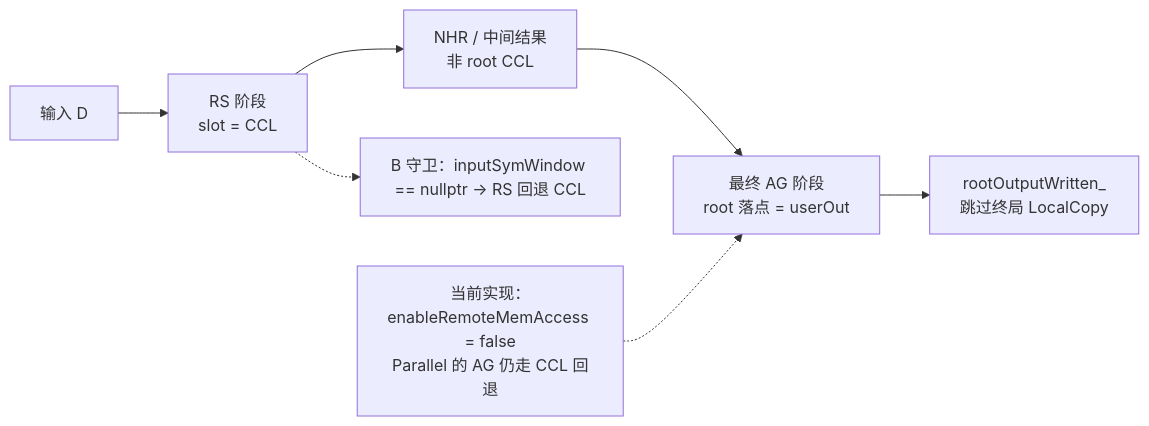
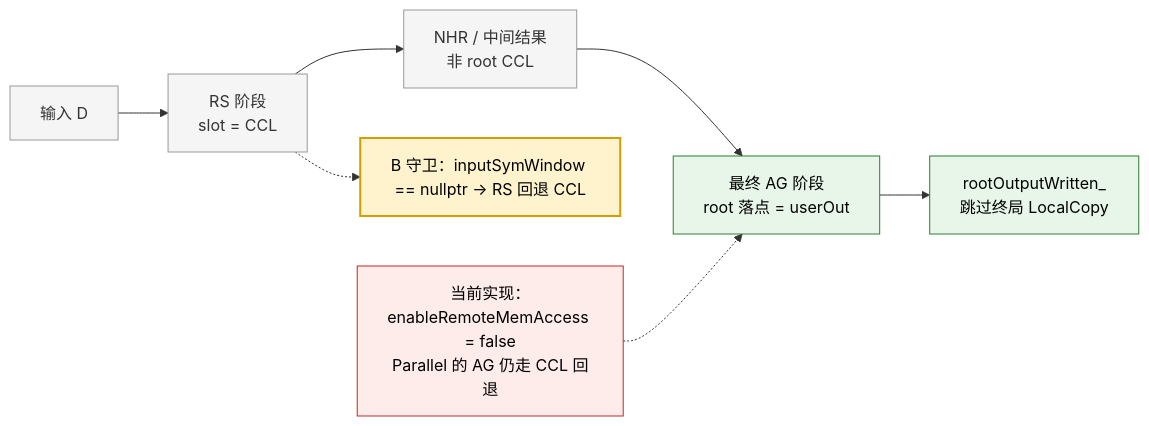
One commit to cassielee-tech/my-lib changed the tenth of 10 diagrams in design/26RP4/支持allgatherV、reduce算子的零拷贝模式/SRS_SD-AllGatherV与Reduce零拷贝.md. Above: the diagram before and after it, drawn with Mermaid. The commit also changed other lines of this file, not shown here.

Commit message:
docs: 零拷贝关键流程图增加改动高亮

````diff
--- a/design/26RP4/支持allgatherV、reduce算子的零拷贝模式/SRS_SD-AllGatherV与Reduce零拷贝.md
+++ b/design/26RP4/支持allgatherV、reduce算子的零拷贝模式/SRS_SD-AllGatherV与Reduce零拷贝.md
@@ -510,9 +552,17 @@
 ```mermaid
 flowchart LR
     A["输入 D"] --> B["RS 阶段<br/>slot = CCL"]
     B --> C["NHR / 中间结果<br/>非 root CCL"]
     C --> D["最终 AG 阶段<br/>root 落点 = userOut"]
     D --> E["rootOutputWritten_<br/>跳过终局 LocalCopy"]
     B -.-> G["B 守卫：inputSymWindow == nullptr → RS 回退 CCL"]
     F["当前实现：enableRemoteMemAccess = false<br/>Parallel 的 AG 仍走 CCL 回退"] -.-> D
+    classDef existing fill:#f5f5f5,stroke:#999,color:#333;
+    classDef changed fill:#fff3cd,stroke:#d39e00,stroke-width:2px,color:#000;
+    classDef direct fill:#e8f5e9,stroke:#2e7d32,color:#000;
+    classDef fallback fill:#fdecea,stroke:#c62828,color:#000;
+    class A,B,C existing;
+    class G changed;
+    class D,E direct;
+    class F fallback;
 ```
````
